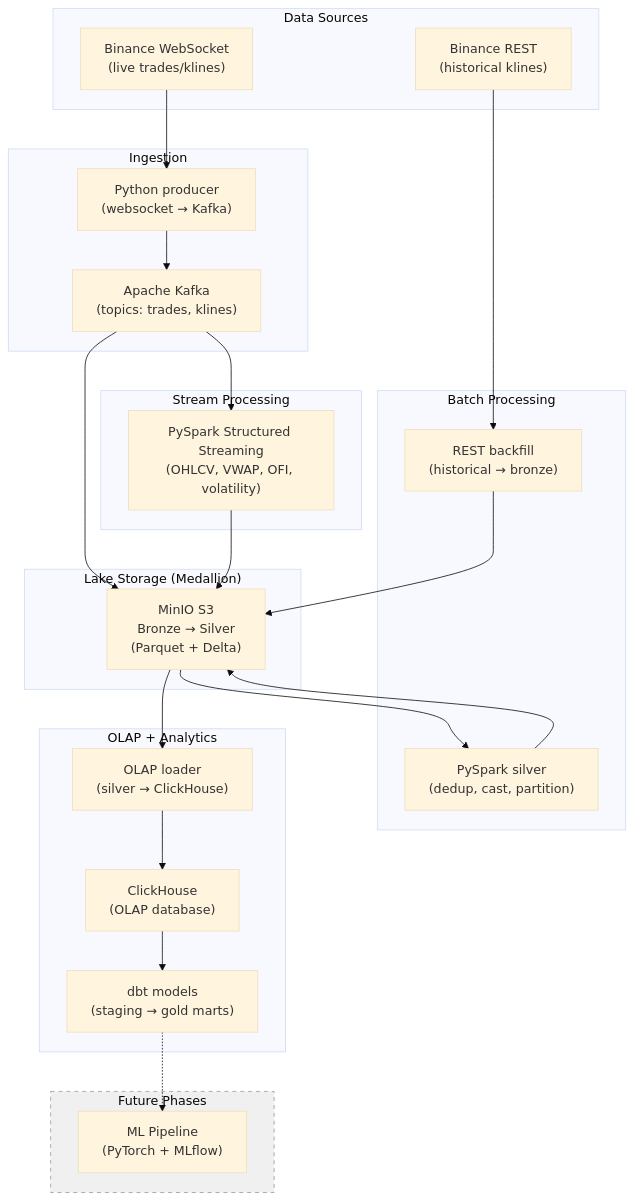
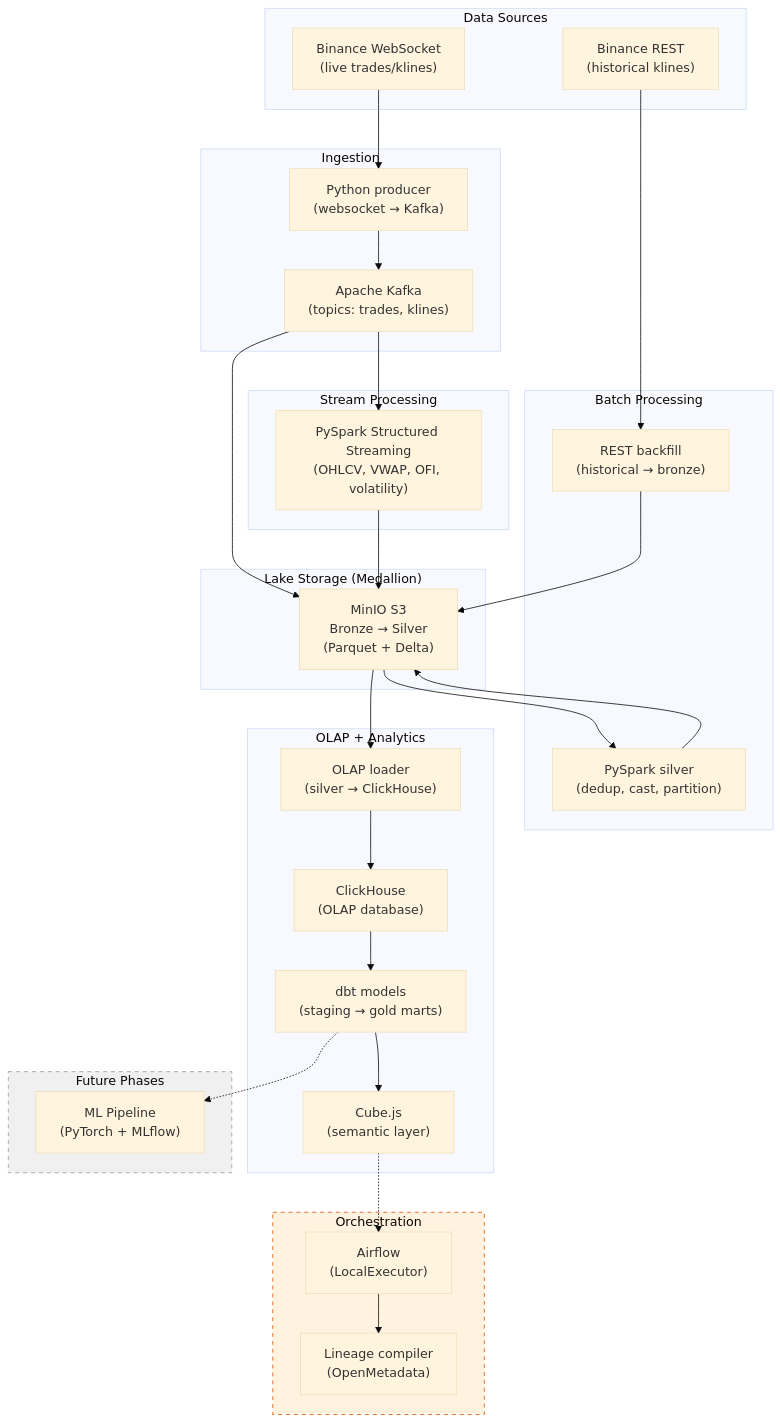
The diagram in docs/index.md (weecici/project-x), drawn with Mermaid (base theme) before and after one commit. The commit also changed other lines of this file and 10 other files, not shown here.

````diff
--- a/docs/index.md
+++ b/docs/index.md
@@ -48,49 +48,60 @@
 ```mermaid
 flowchart TB
     subgraph SRC["Data Sources"]
         WS["Binance WebSocket\n(live trades/klines)"]
         REST["Binance REST\n(historical klines)"]
     end
 
     subgraph INGEST["Ingestion"]
         PROD["Python producer\n(websocket → Kafka)"]
         KAFKA["Apache Kafka\n(topics: trades, klines)"]
     end
 
     subgraph BATCH["Batch Processing"]
         BACKFILL["REST backfill\n(historical → bronze)"]
         SPARK["PySpark silver\n(dedup, cast, partition)"]
     end
 
     subgraph STREAM["Stream Processing"]
         SPARK_STREAM["PySpark Structured Streaming\n(OHLCV, VWAP, OFI, volatility)"]
     end
 
     subgraph LAKE["Lake Storage (Medallion)"]
         S3["MinIO S3\nBronze → Silver\n(Parquet + Delta)"]
     end
 
     subgraph OLAP["OLAP + Analytics"]
         LOADER["OLAP loader\n(silver → ClickHouse)"]
         CH["ClickHouse\n(OLAP database)"]
         DBT["dbt models\n(staging → gold marts)"]
+        CUBE["Cube.js\n(semantic layer)"]
+    end
+
+    subgraph ORCH["Orchestration"]
+        AIRFLOW["Airflow\n(LocalExecutor)"]
+        LINEAGE["Lineage compiler\n(OpenMetadata)"]
     end
 
     subgraph FUTURE["Future Phases"]
         ML["ML Pipeline\n(PyTorch + MLflow)"]
     end
 
     WS --> PROD --> KAFKA
     KAFKA --> S3
     KAFKA --> SPARK_STREAM
     REST --> BACKFILL --> S3
     S3 --> SPARK --> S3
     SPARK_STREAM --> S3
 
     S3 --> LOADER --> CH
     CH --> DBT
+    DBT --> CUBE
+
+    CUBE -.-> AIRFLOW
+    AIRFLOW --> LINEAGE
 
     DBT -.-> ML
 
     style FUTURE fill:#f0f0f0,stroke:#999,stroke-dasharray: 5 5
+    style ORCH fill:#fff3e0,stroke:#e65100,stroke-dasharray: 5 5
 ```
````
